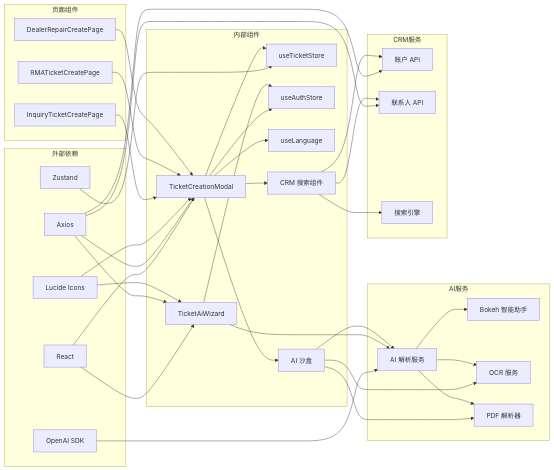
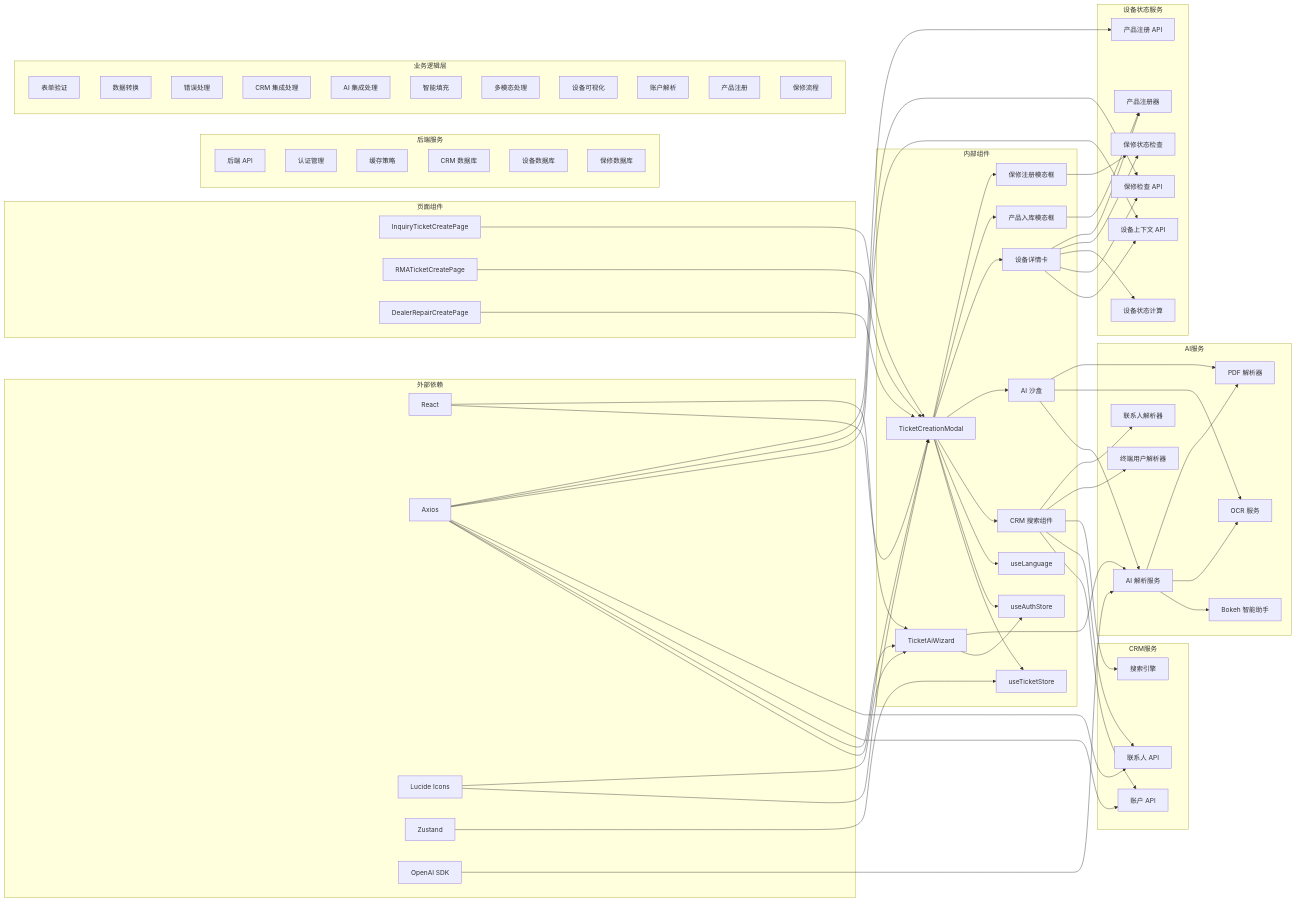
One commit to CubeEdge/Longhorn changed diagram 34 of 35 in .qoder/repowiki/zh/content/TicketCreationModal 工单创建模态框.md. Above: the diagram before and after it, drawn with Mermaid. The commit also changed other lines of this file and 47 other files, not shown here.

```diff
--- a/.qoder/repowiki/zh/content/TicketCreationModal 工单创建模态框.md
+++ b/.qoder/repowiki/zh/content/TicketCreationModal 工单创建模态框.md
@@ -997,6 +1734,9 @@
 useLanguage[useLanguage]
 CRMLookup[CRM 搜索组件]
 AISandbox[AI 沙盒]
+DeviceCard[设备详情卡]
+ProductModal[产品入库模态框]
+WarrantyModal[保修注册模态框]
 end
 subgraph "页面组件"
 InquiryPage[InquiryTicketCreatePage]
@@ -1008,11 +1748,42 @@
 BokehAssistant[Bokeh 智能助手]
 OCRService[OCR 服务]
 PDFParser[PDF 解析器]
+EndUserParser[终端用户解析器]
+EndUserResolver[联系人解析器]
 end
 subgraph "CRM服务"
 AccountsAPI[账户 API]
 ContactsAPI[联系人 API]
 SearchEngine[搜索引擎]
+end
+subgraph "设备状态服务"
+ContextAPI[设备上下文 API]
+WarrantyAPI[保修检查 API]
+ProductAPI[产品注册 API]
+DeviceStatus[设备状态计算]
+WarrantyChecker[保修状态检查]
+ProductRegistrar[产品注册器]
+end
+subgraph "后端服务"
+ServerAPI[后端 API]
+Auth[认证管理]
+Cache[缓存策略]
+DB[CRM 数据库]
+DeviceDB[设备数据库]
+WarrantyDB[保修数据库]
+end
+subgraph "业务逻辑层"
+Validation[表单验证]
+Transform[数据转换]
+ErrorHandling[错误处理]
+CRMIntegration[CRM 集成处理]
+AIIntegration[AI 集成处理]
+SmartFill[智能填充]
+MultiModal[多模态处理]
+DeviceVisualization[设备可视化]
+AccountResolution[账户解析]
+ProductRegistration[产品注册]
+WarrantyFlow[保修流程]
 end
 React --> TicketCreationModal
 React --> TicketAiWizard
@@ -1020,6 +1791,9 @@
 Axios --> TicketAiWizard
 Axios --> AccountsAPI
 Axios --> ContactsAPI
+Axios --> ContextAPI
+Axios --> WarrantyAPI
+Axios --> ProductAPI
 Lucide --> TicketCreationModal
 Lucide --> TicketAiWizard
 Zustand --> useTicketStore
@@ -1030,13 +1804,25 @@
 TicketAiWizard --> useAuthStore
 TicketCreationModal --> CRMLookup
 TicketCreationModal --> AISandbox
+TicketCreationModal --> DeviceCard
+TicketCreationModal --> ProductModal
+TicketCreationModal --> WarrantyModal
 TicketAiWizard --> AIService
 CRMLookup --> AccountsAPI
 CRMLookup --> ContactsAPI
 CRMLookup --> SearchEngine
+CRMLookup --> EndUserParser
+CRMLookup --> EndUserResolver
 AISandbox --> AIService
 AISandbox --> OCRService
 AISandbox --> PDFParser
+DeviceCard --> ContextAPI
+DeviceCard --> WarrantyAPI
+DeviceCard --> DeviceStatus
+DeviceCard --> WarrantyChecker
+DeviceCard --> ProductRegistrar
+ProductModal --> ProductRegistrar
+WarrantyModal --> WarrantyChecker
 AIService --> BokehAssistant
 AIService --> OCRService
 AIService --> PDFParser
```
